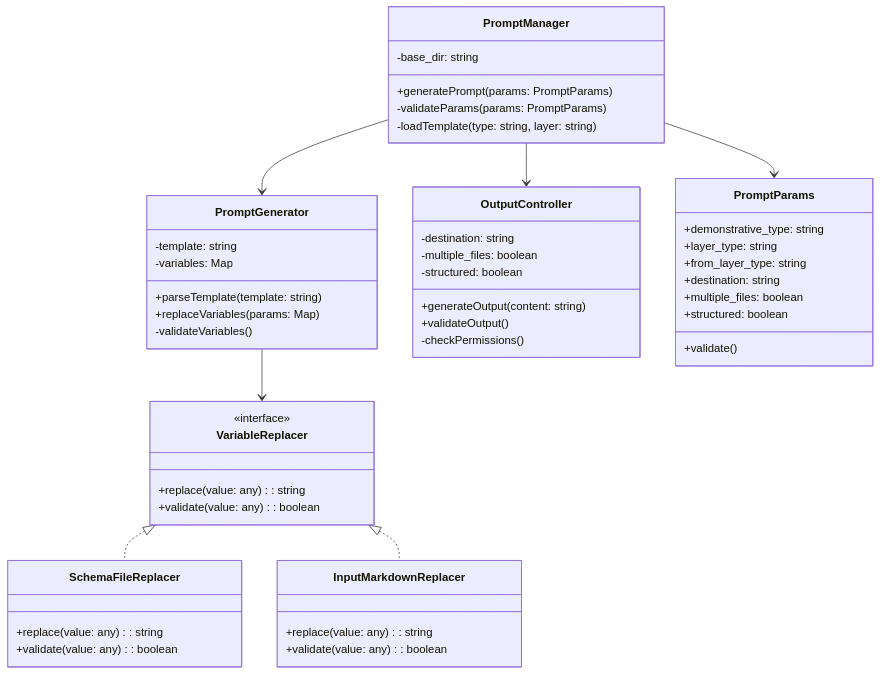
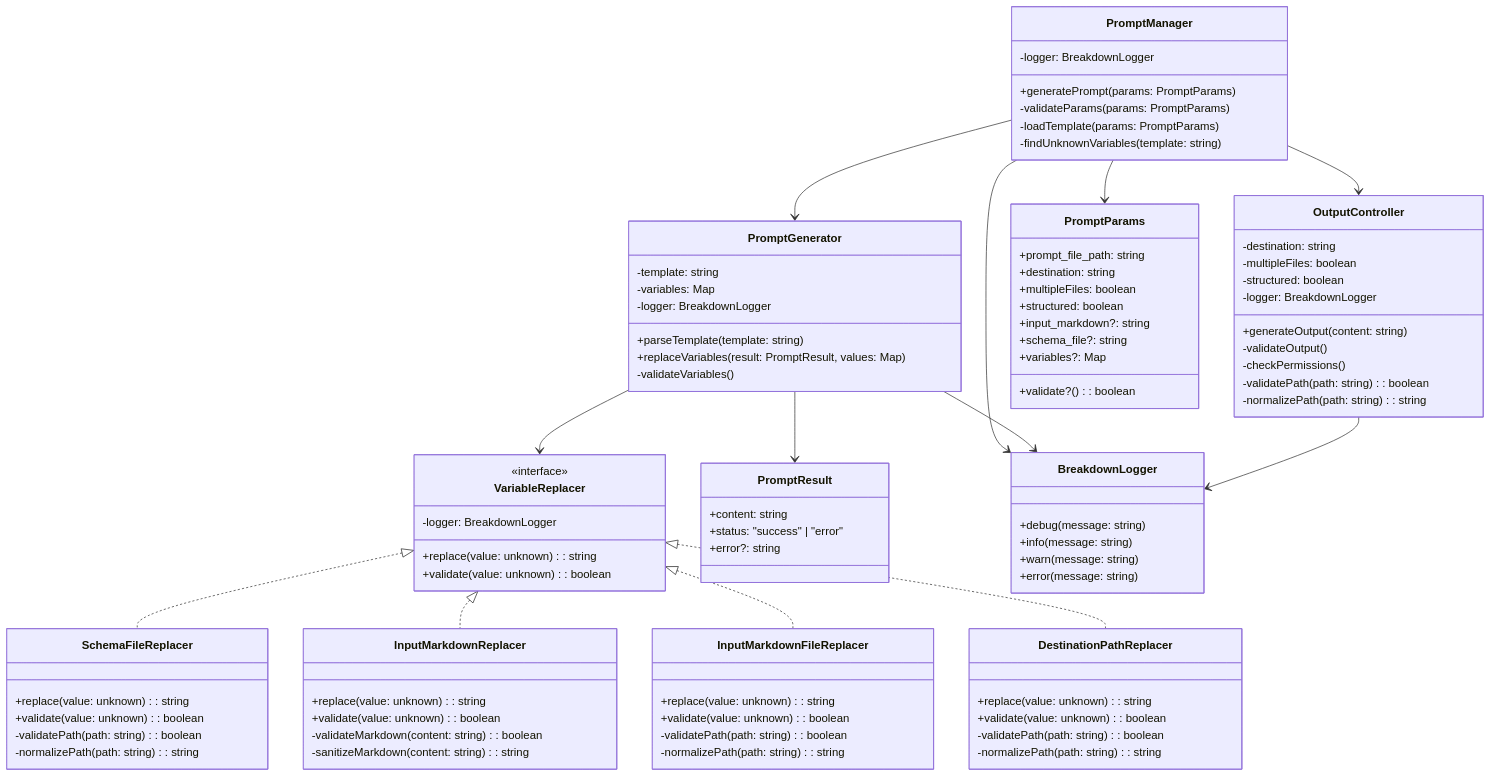
Before and after one commit to tettuan/breakdownprompt: the diagram in docs/uml/class.md, drawn with Mermaid. The commit also changed 4 other files, not shown here.

First line of the commit message:
docs: update system documentation and UML diagrams

````diff
--- a/docs/uml/class.md
+++ b/docs/uml/class.md
@@ -1,59 +1,103 @@
 ```mermaid
 classDiagram
     class PromptManager {
-        -base_dir: string
         +generatePrompt(params: PromptParams)
         -validateParams(params: PromptParams)
-        -loadTemplate(type: string, layer: string)
+        -loadTemplate(params: PromptParams)
+        -findUnknownVariables(template: string)
+        -logger: BreakdownLogger
     }
 
     class PromptGenerator {
         -template: string
-        -variables: Map
+        -variables: Map<string, VariableReplacer>
         +parseTemplate(template: string)
-        +replaceVariables(params: Map)
+        +replaceVariables(result: PromptResult, values: Map)
         -validateVariables()
+        -logger: BreakdownLogger
     }
 
     class VariableReplacer {
         <<interface>>
-        +replace(value: any): string
-        +validate(value: any): boolean
+        +replace(value: unknown): string
+        +validate(value: unknown): boolean
+        -logger: BreakdownLogger
     }
 
     class SchemaFileReplacer {
-        +replace(value: any): string
-        +validate(value: any): boolean
+        +replace(value: unknown): string
+        +validate(value: unknown): boolean
+        -validatePath(path: string): boolean
+        -normalizePath(path: string): string
     }
 
     class InputMarkdownReplacer {
-        +replace(value: any): string
-        +validate(value: any): boolean
+        +replace(value: unknown): string
+        +validate(value: unknown): boolean
+        -validateMarkdown(content: string): boolean
+        -sanitizeMarkdown(content: string): string
+    }
+
+    class InputMarkdownFileReplacer {
+        +replace(value: unknown): string
+        +validate(value: unknown): boolean
+        -validatePath(path: string): boolean
+        -normalizePath(path: string): string
+    }
+
+    class DestinationPathReplacer {
+        +replace(value: unknown): string
+        +validate(value: unknown): boolean
+        -validatePath(path: string): boolean
+        -normalizePath(path: string): string
     }
 
     class OutputController {
         -destination: string
-        -multiple_files: boolean
+        -multipleFiles: boolean
         -structured: boolean
         +generateOutput(content: string)
-        +validateOutput()
+        -validateOutput()
         -checkPermissions()
+        -logger: BreakdownLogger
+        -validatePath(path: string): boolean
+        -normalizePath(path: string): string
     }
 
     class PromptParams {
-        +demonstrative_type: string
-        +layer_type: string
-        +from_layer_type: string
+        +prompt_file_path: string
         +destination: string
-        +multiple_files: boolean
+        +multipleFiles: boolean
         +structured: boolean
-        +validate()
+        +input_markdown?: string
+        +schema_file?: string
+        +validate?(): boolean
+        +variables?: Map<string, unknown>
+    }
+
+    class PromptResult {
+        +content: string
+        +status: "success" | "error"
+        +error?: string
+    }
+
+    class BreakdownLogger {
+        +debug(message: string)
+        +info(message: string)
+        +warn(message: string)
+        +error(message: string)
     }
 
     PromptManager --> PromptGenerator
     PromptManager --> OutputController
+    PromptManager --> BreakdownLogger
     PromptGenerator --> VariableReplacer
+    PromptGenerator --> BreakdownLogger
     VariableReplacer <|.. SchemaFileReplacer
     VariableReplacer <|.. InputMarkdownReplacer
+    VariableReplacer <|.. InputMarkdownFileReplacer
+    VariableReplacer <|.. DestinationPathReplacer
     PromptManager --> PromptParams
+    PromptGenerator --> PromptResult
+    OutputController --> BreakdownLogger
 ```
````
